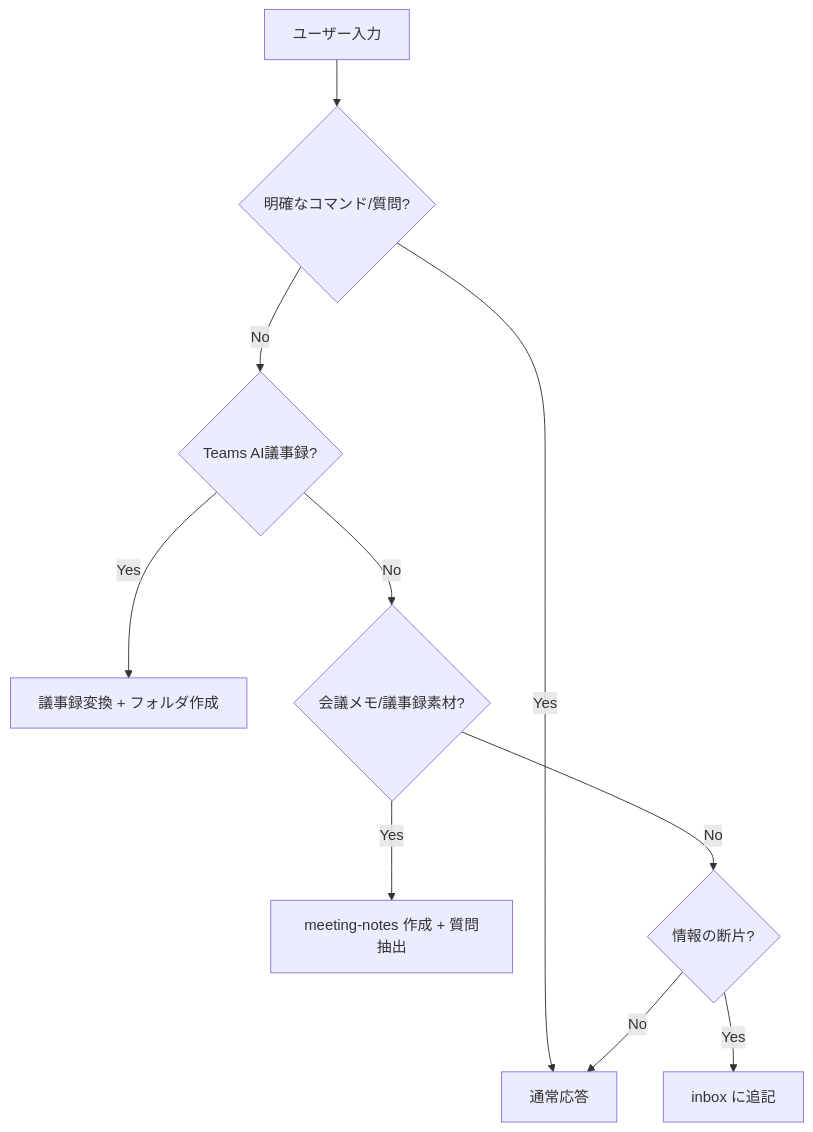
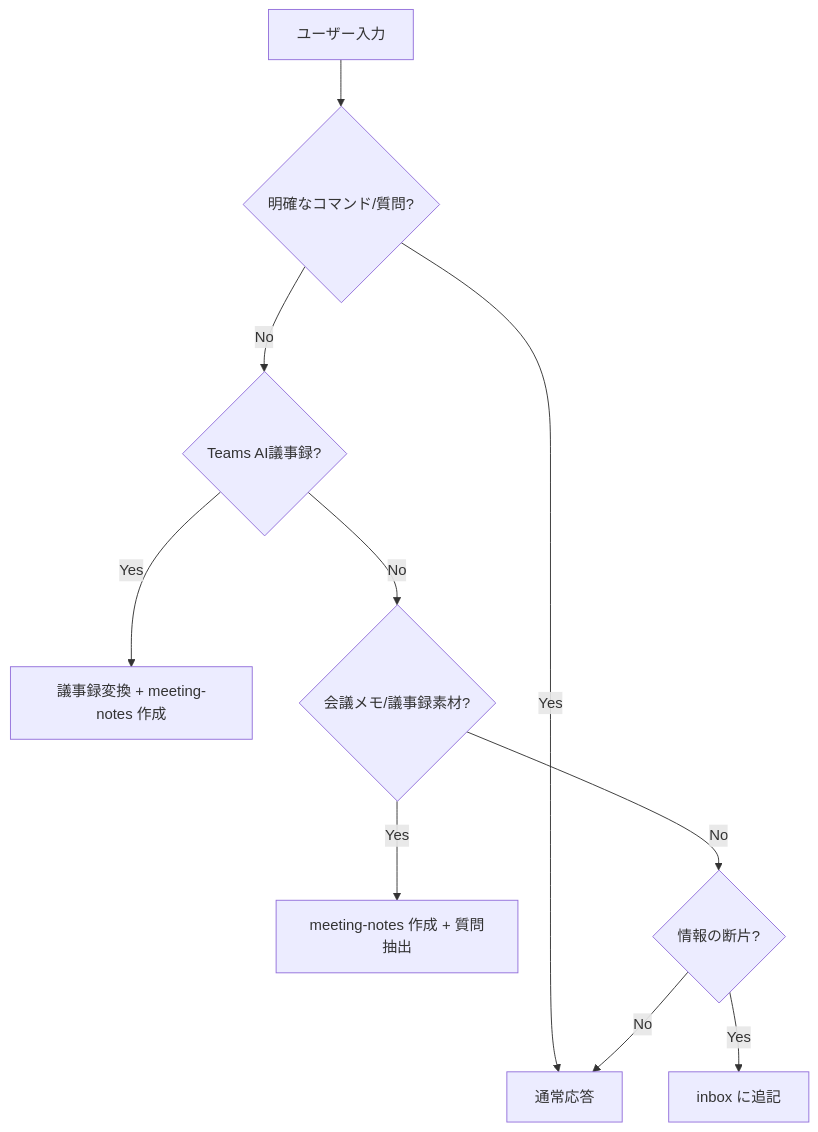
The diagram in customer-workspace/assets/copilot-instructions.md (aktsmm/Agent-Skills), drawn with Mermaid before and after one commit. The commit also changed other lines of this file and 19 other files, not shown here.

````diff
--- a/customer-workspace/assets/copilot-instructions.md
+++ b/customer-workspace/assets/copilot-instructions.md
@@ -41,12 +41,12 @@
 ```mermaid
 graph TD
     A[ユーザー入力] --> B{明確なコマンド/質問?}
     B -->|Yes| C[通常応答]
     B -->|No| D{Teams AI議事録?}
-    D -->|Yes| E[議事録変換 + フォルダ作成]
+    D -->|Yes| E[議事録変換 + meeting-notes 作成]
     D -->|No| F{会議メモ/議事録素材?}
     F -->|Yes| G[meeting-notes 作成 + 質問抽出]
     F -->|No| H{情報の断片?}
     H -->|Yes| I[inbox に追記]
     H -->|No| C
 ```
````
